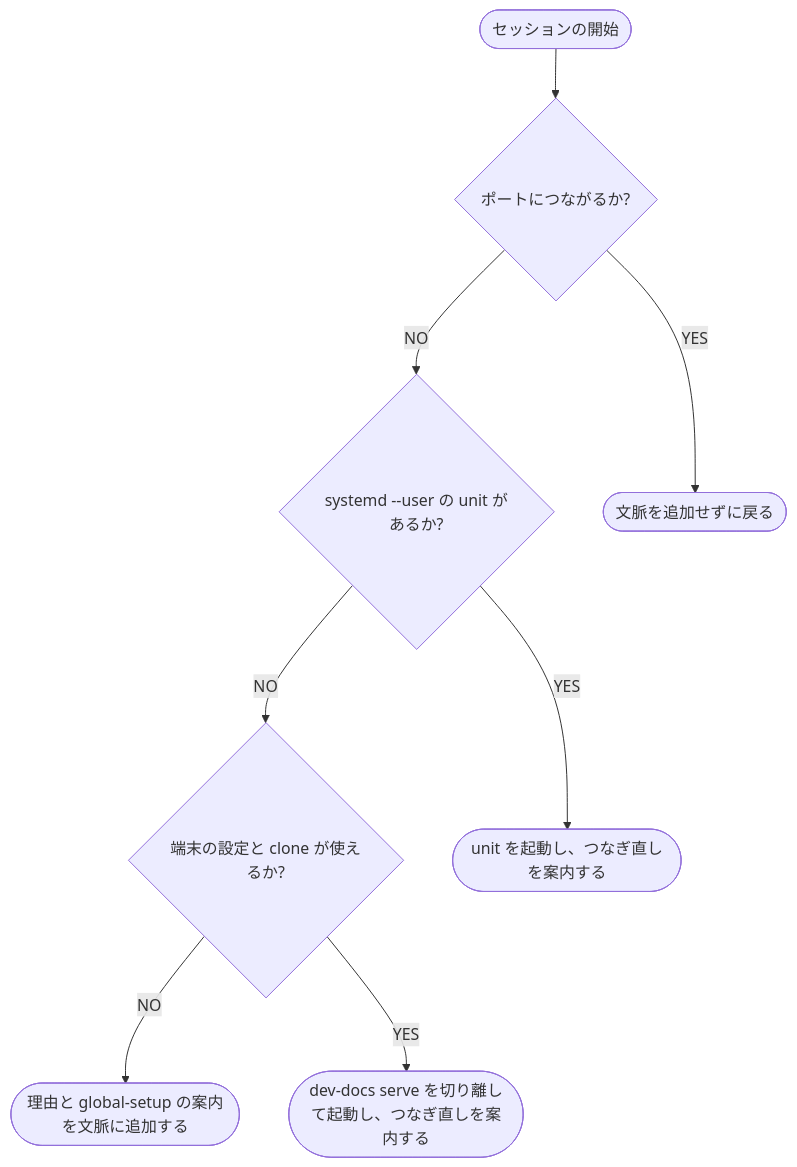
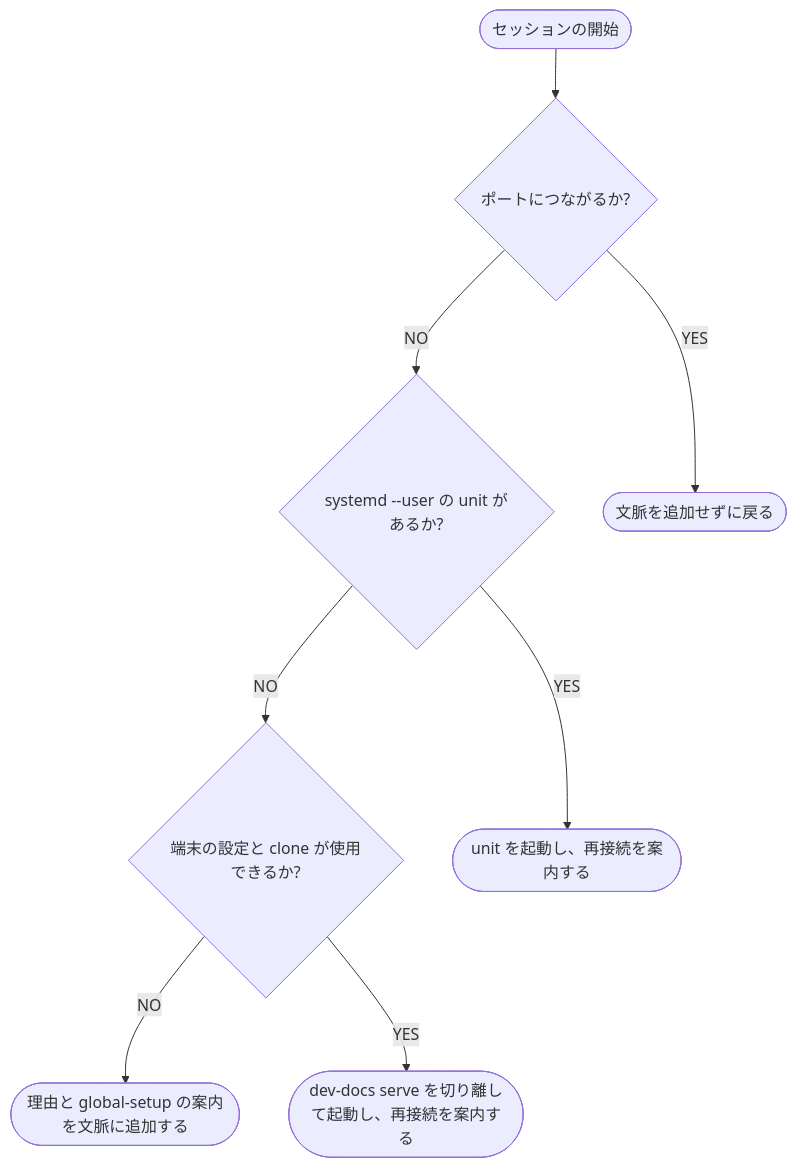
One commit to shuhei1101/dev-docs changed the diagram in docs/guide/コアコンセプト-管理用プラグイン.md. Above: the diagram before and after it, drawn with Mermaid. The commit also changed other lines of this file and 213 other files, not shown here.

Commit message:
docs: 設計書の lead を「何を受け持ち、どんなときに参照するか」の 1 文にし、ガイドの図を map の範囲で囲む (#95)

````diff
--- a/docs/guide/コアコンセプト-管理用プラグイン.md
+++ b/docs/guide/コアコンセプト-管理用プラグイン.md
@@ -30,18 +32,18 @@
 ```mermaid
 flowchart TD
   START([セッションの開始])
   Q0{ポートにつながるか?}
   QU{systemd --user の unit があるか?}
-  Q1{端末の設定と clone が使えるか?}
-  AU([unit を起動し、つなぎ直しを案内する])
-  A1([dev-docs serve を切り離して起動し、つなぎ直しを案内する])
+  Q1{端末の設定と clone が使用できるか?}
+  AU([unit を起動し、再接続を案内する])
+  A1([dev-docs serve を切り離して起動し、再接続を案内する])
   A2([理由と global-setup の案内を文脈に追加する])
   A3([文脈を追加せずに戻る])
   START --> Q0
   Q0 -->|YES| A3
   Q0 -->|NO| QU
   QU -->|YES| AU
   QU -->|NO| Q1
   Q1 -->|NO| A2
   Q1 -->|YES| A1
 ```
````
